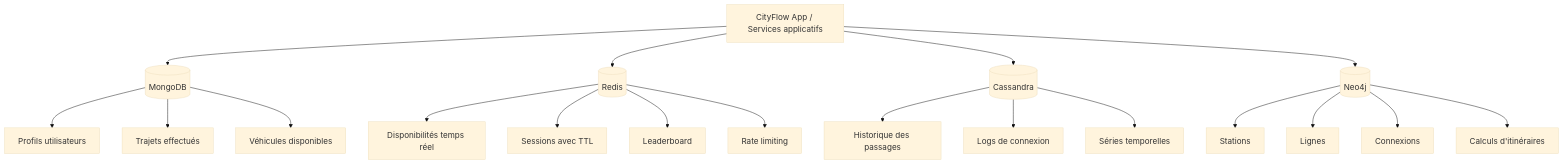
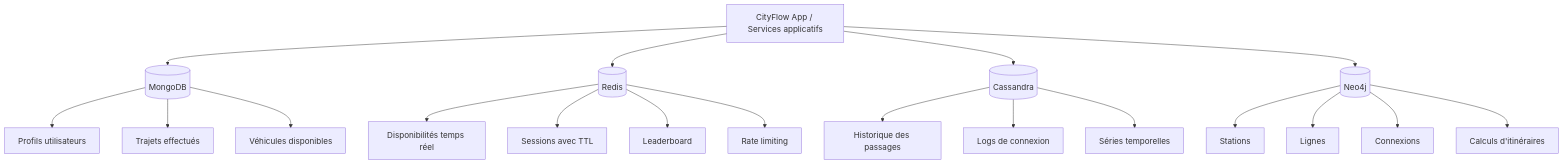
The diagram in docs/architecture.md (imanhamdy/cityflow-nosql), drawn with Mermaid before and after one commit.

Commit message:
style: restore default blue theme on Mermaid diagram

````diff
--- a/docs/architecture.md
+++ b/docs/architecture.md
@@ -43,26 +43,26 @@
 ```mermaid
-%%{init: {'theme': 'base', 'themeVariables': {'fontSize': '18px', 'nodeSpacing': 60, 'rankSpacing': 80}}}%%
+%%{init: {'theme': 'default', 'themeVariables': {'fontSize': '18px', 'nodeSpacing': 60, 'rankSpacing': 80}}}%%
 graph TD
     App[CityFlow App / Services applicatifs] --> MongoDB[(MongoDB)]
     App --> Redis[(Redis)]
     App --> Cassandra[(Cassandra)]
     App --> Neo4j[(Neo4j)]
 
     MongoDB --> M1[Profils utilisateurs]
     MongoDB --> M2[Trajets effectués]
     MongoDB --> M3[Véhicules disponibles]
 
     Redis --> R1[Disponibilités temps réel]
     Redis --> R2[Sessions avec TTL]
     Redis --> R3[Leaderboard]
     Redis --> R4[Rate limiting]
 
     Cassandra --> C1[Historique des passages]
     Cassandra --> C2[Logs de connexion]
     Cassandra --> C3[Séries temporelles]
 
     Neo4j --> N1[Stations]
     Neo4j --> N2[Lignes]
     Neo4j --> N3[Connexions]
     Neo4j --> N4[Calculs d'itinéraires]
 ```
````
